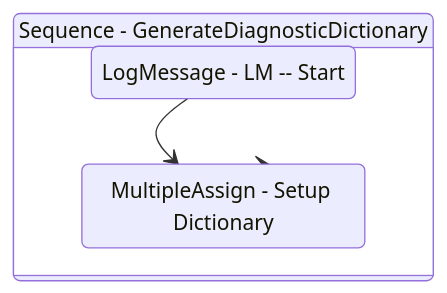
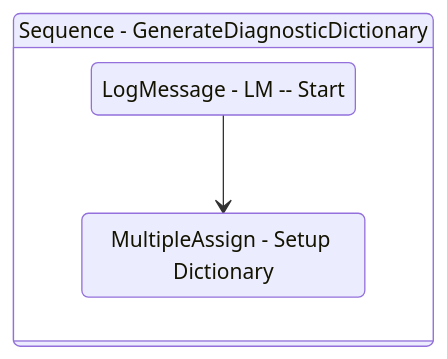
The diagram in Documentation/Utility/GenerateDiagnosticDictionary.md (yashbrahmbhatt/LazyFramework), drawn with Mermaid before and after one commit. The commit also changed other lines of this file and 83 other files, not shown here.

````diff
--- a/Documentation/Utility/GenerateDiagnosticDictionary.md
+++ b/Documentation/Utility/GenerateDiagnosticDictionary.md
@@ -118,12 +122,12 @@
 ```mermaid
 stateDiagram-v2
+
 
 Sequence_1: Sequence - GenerateDiagnosticDictionary
 state Sequence_1 {
 direction TB
 LogMessage_1 : LogMessage - LM -- Start
 MultipleAssign_1 : MultipleAssign - Setup Dictionary
 LogMessage_1 --> MultipleAssign_1
 }
-MultipleAssign_1 --> Sequence_1
 ```
````
